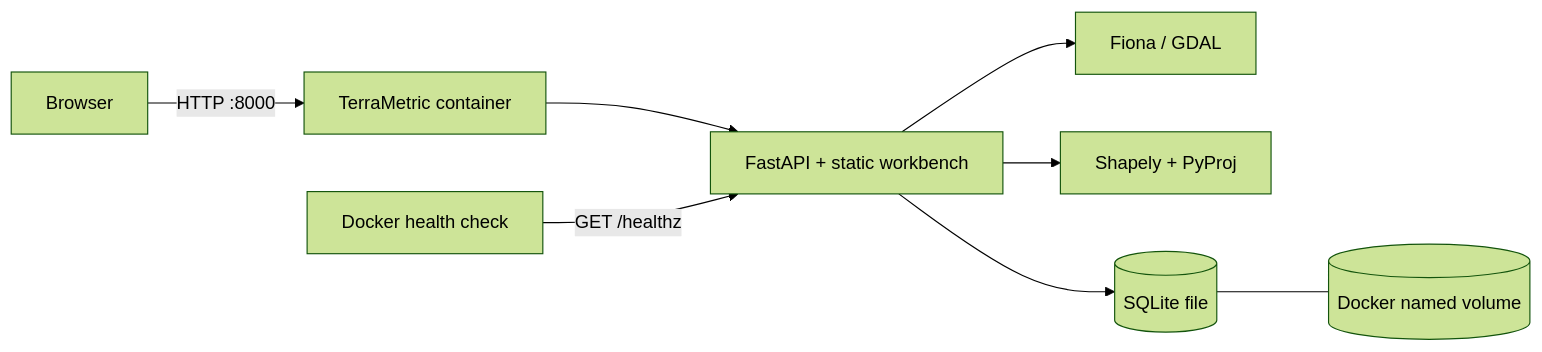
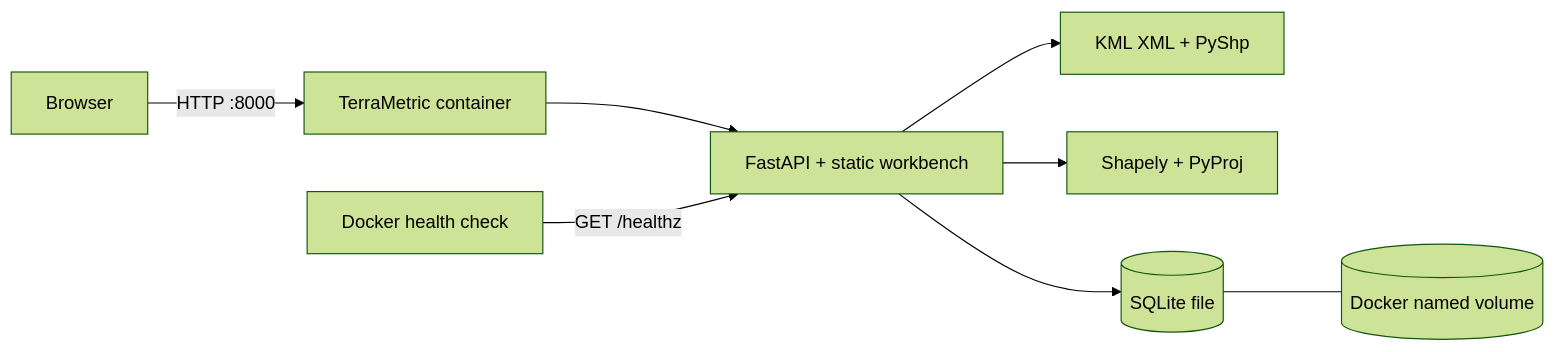
Before and after one commit to vicky01v/terrametric: the fourth of 4 diagrams in README.md, drawn with Mermaid (forest theme). The commit also changed other lines of this file and 2 other files, not shown here.

Commit message:
Use portable KML and Shapefile readers without GDAL

````diff
--- a/README.md
+++ b/README.md
@@ -172,10 +172,10 @@
 ```mermaid
 flowchart LR
     B[Browser] -->|HTTP :8000| C[TerraMetric container]
     C --> F[FastAPI + static workbench]
-    F --> X[Fiona / GDAL]
+    F --> X[KML XML + PyShp]
     F --> Y[Shapely + PyProj]
     F --> Z[(SQLite file)]
     Z --- V[(Docker named volume)]
     H[Docker health check] -->|GET /healthz| F
 ```
````
